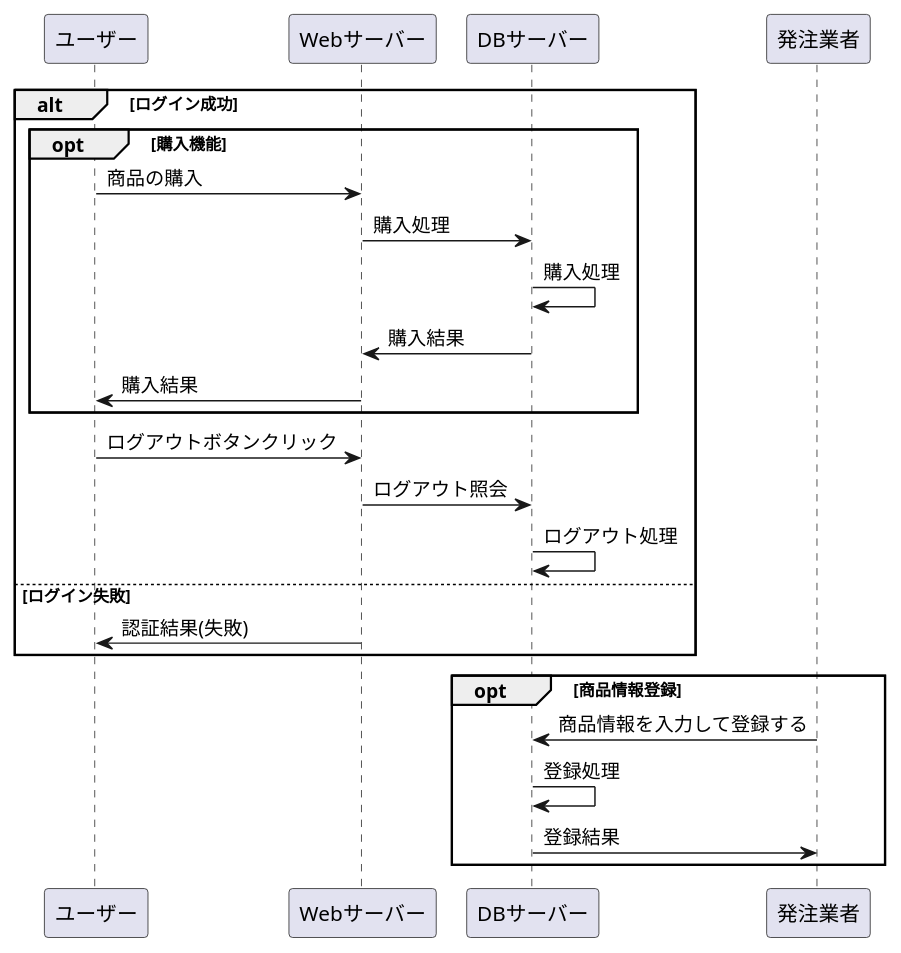
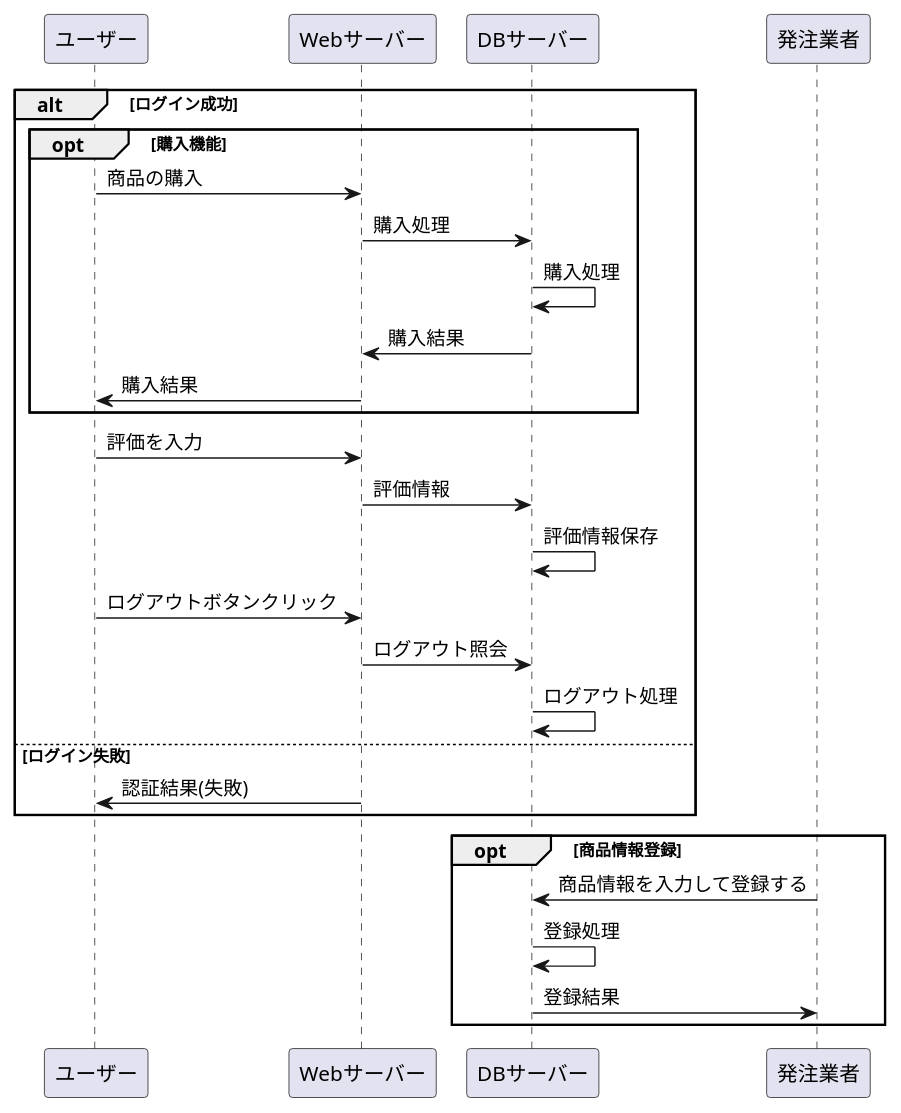
The diagram in cookjob1.md (Aso2001154/2021sys-design), drawn with PlantUML before and after one commit.

````diff
--- a/cookjob1.md
+++ b/cookjob1.md
@@ -1,23 +1,26 @@
 ```uml
 @startuml
 alt ログイン成功
 opt 購入機能
 ユーザー -> Webサーバー : 商品の購入
 Webサーバー -> DBサーバー : 購入処理
 DBサーバー -> DBサーバー : 購入処理
 DBサーバー -> Webサーバー : 購入結果
 Webサーバー -> ユーザー : 購入結果
 end
+ユーザー -> Webサーバー : 評価を入力
+Webサーバー -> DBサーバー : 評価情報
+DBサーバー -> DBサーバー : 評価情報保存
 ユーザー -> Webサーバー : ログアウトボタンクリック
 Webサーバー -> DBサーバー : ログアウト照会
 DBサーバー -> DBサーバー : ログアウト処理
 else ログイン失敗
 Webサーバー -> ユーザー : 認証結果(失敗)
 end
 opt 商品情報登録
 発注業者 -> DBサーバー : 商品情報を入力して登録する
 DBサーバー -> DBサーバー : 登録処理
 DBサーバー -> 発注業者 : 登録結果
 end
 @enduml
 ```
````
